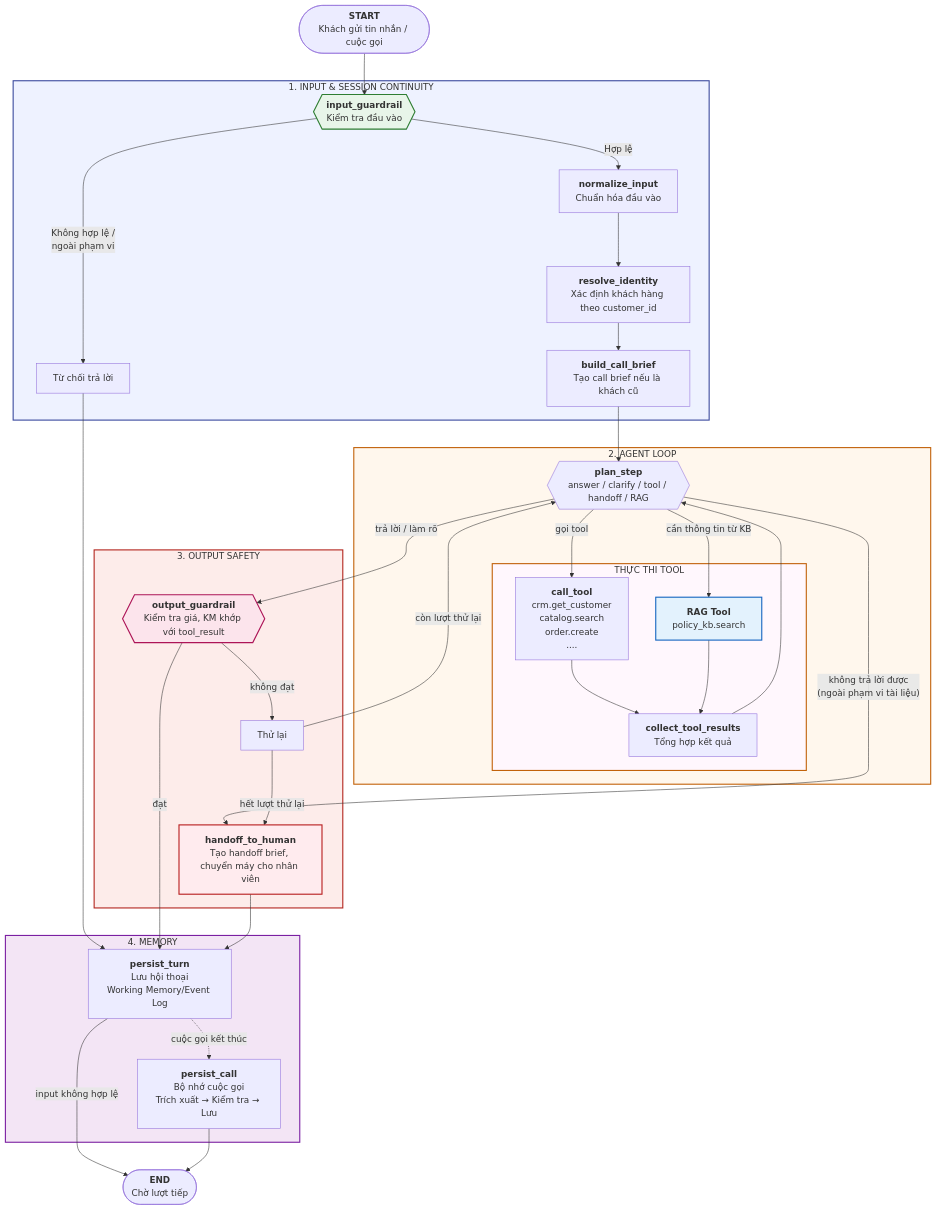
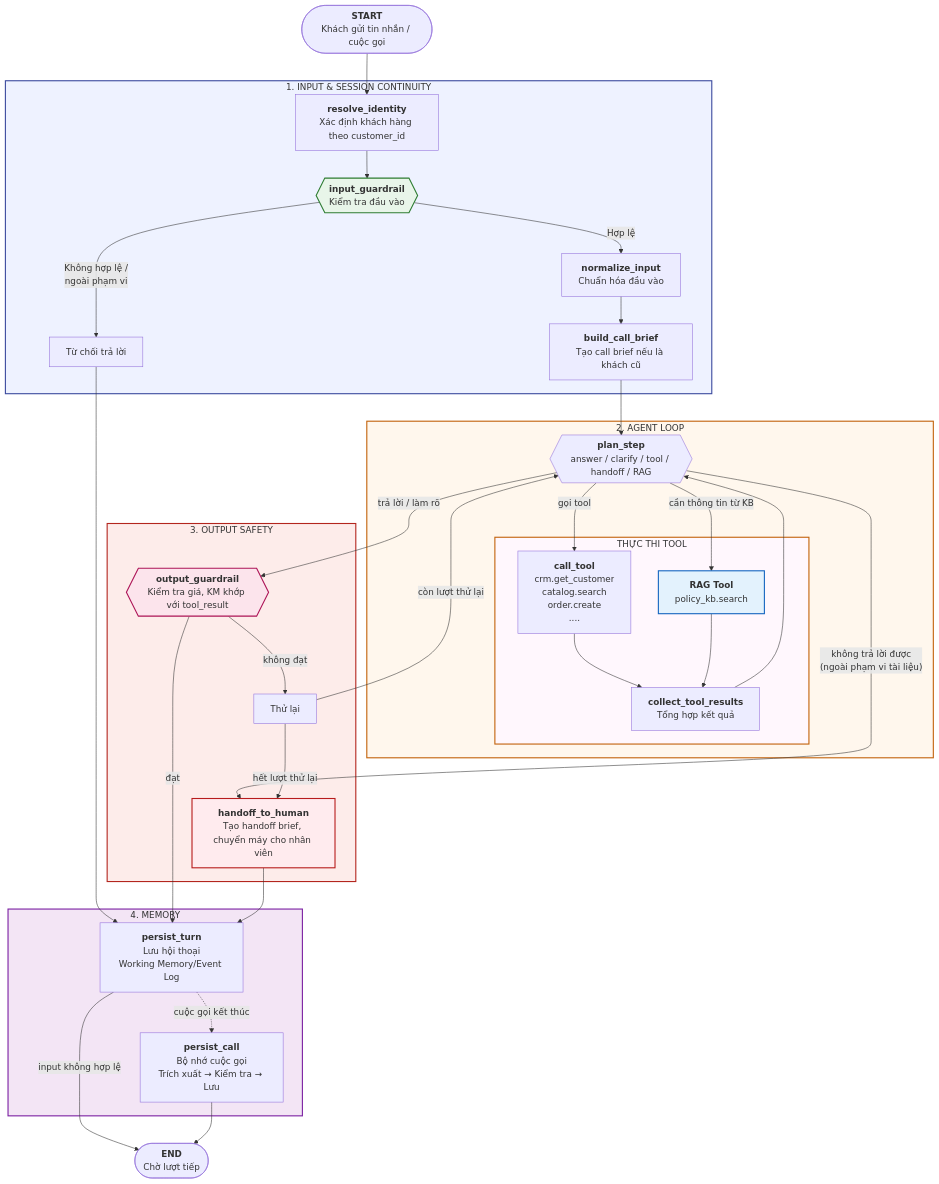
Before and after one commit to tuannvhust/SC2026: the diagram in langgraph_agent/README.md, drawn with Mermaid. The commit also changed other lines of this file and 11 other files, not shown here.

Commit message:
feat: modify graph structure

````diff
--- a/langgraph_agent/README.md
+++ b/langgraph_agent/README.md
@@ -28,61 +28,61 @@
 ```mermaid
 flowchart TB
  subgraph INPUT["1. INPUT & SESSION CONTINUITY"]
+        S["<b>resolve_identity</b><br>Xác định khách hàng theo customer_id<br>"]
         IG{{"<b>input_guardrail</b><br>Kiểm tra đầu vào<br>"}}
         N["<b>normalize_input</b><br>Chuẩn hóa đầu vào<br>"]
-        S["<b>resolve_identity</b><br>Xác định khách hàng theo customer_id<br>"]
         B["<b>build_call_brief<br></b>Tạo call brief nếu là khách cũ"]
         IM["Từ chối trả lời"]
   end
  subgraph TOOL["THỰC THI TOOL"]
         T["<b>call_tool</b><br>crm.get_customer<br>catalog.search<br>order.create<br>...."]
         RAG["<b>RAG Tool</b><br>policy_kb.search<br>"]
         RE["<b>collect_tool_results</b><br>Tổng hợp kết quả"]
   end
  subgraph AGENT["2. AGENT LOOP"]
         P{{"<b>plan_step</b><br>answer / clarify / tool / handoff / RAG"}}
         TOOL
   end
  subgraph SAFETY["3. OUTPUT SAFETY"]
         OG{{"<b>output_guardrail<br></b>Kiểm tra giá, KM khớp với tool_result<br>"}}
         R["Thử lại"]
         H["<b>handoff_to_human</b><br>Tạo handoff brief, chuyển máy cho nhân viên"]
   end
  subgraph MEMORY["4. MEMORY"]
         WM["<b>persist_turn</b><br>Lưu hội thoại<br>Working Memory/Event Log"]
         LM["<b>persist_call</b><br>Bộ nhớ cuộc gọi<br>Trích xuất → Kiểm tra → Lưu"]
   end
-    START(["<b>START<br></b>Khách gửi tin nhắn / cuộc gọi"]) --> IG
+    START(["<b>START<br></b>Khách gửi tin nhắn / cuộc gọi"]) --> S
+    S --> IG
     IG -- Không hợp lệ /<br>ngoài phạm vi --> IM
     IM --> WM
     IG -- Hợp lệ --> N
-    N --> S
-    S --> B
+    N --> B
     B --> P
     P -- trả lời / làm rõ --> OG
     P -- gọi tool --> T
     T --> RE
     RAG --> RE
     P -- không trả lời được<br>(ngoài phạm vi tài liệu) --> H
     P -- cần thông tin từ KB --> RAG
     RE --> P
     OG -- đạt --> WM
     OG -- không đạt --> R
     R -- còn lượt thử lại --> P
     R -- hết lượt thử lại --> H
     H --> WM
     WM -- input không hợp lệ --> END(["<b>END</b><br>Chờ lượt tiếp"])
     WM -. cuộc gọi kết thúc .-> LM
     LM --> END
 
     H@{ shape: rect}
     style IG fill:#e8f5e9,stroke:#2e7d32,stroke-width:2px
     style RAG fill:#e3f2fd,stroke:#1565c0,stroke-width:2px
     style TOOL fill:#fff7fd,stroke:#c2620a,stroke-width:2px
     style OG fill:#fce4ec,stroke:#ad1457,stroke-width:2px
     style H fill:#ffebee,stroke:#b71c1c,stroke-width:2px
     style INPUT fill:#eef2ff,stroke:#3b4a9e,stroke-width:2px
     style AGENT fill:#fff7ed,stroke:#c2620a,stroke-width:2px
     style SAFETY fill:#fdecea,stroke:#b3261e,stroke-width:2px
     style MEMORY fill:#f3e5f5,stroke:#7b1fa2,stroke-width:2px
 ```
````
